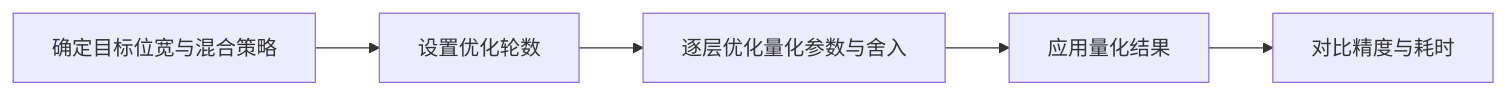
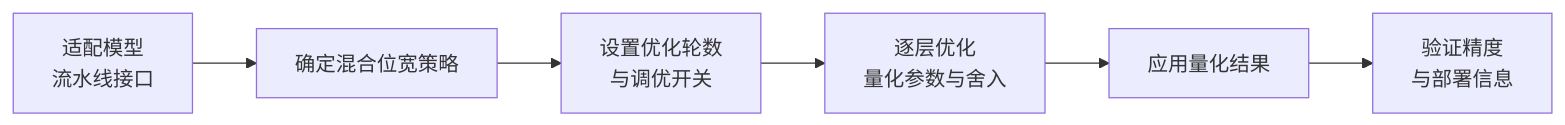
The diagram in msmodelslim/docs/zh/knowledge_base/quantization_algorithms/autoround/usage_autoround.md (mindstudio-docs/master), drawn with Mermaid before and after one commit. The commit also changed other lines of this file and 235 other files, not shown here.

````diff
--- a/msmodelslim/docs/zh/knowledge_base/quantization_algorithms/autoround/usage_autoround.md
+++ b/msmodelslim/docs/zh/knowledge_base/quantization_algorithms/autoround/usage_autoround.md
@@ -24,7 +28,8 @@
 ```mermaid
 flowchart LR
-    A[确定目标位宽与混合策略] --> B[设置优化轮数]
-    B[设置优化轮数] --> C[逐层优化量化参数与舍入]
-    C[逐层优化量化参数与舍入] --> D[应用量化结果]
-    D[应用量化结果] --> E[对比精度与耗时]
+    A[适配模型<br/>流水线接口] --> B[确定混合位宽策略]
+    B --> C[设置优化轮数<br/>与调优开关]
+    C --> D[逐层优化<br/>量化参数与舍入]
+    D --> E[应用量化结果]
+    E --> F[验证精度<br/>与部署信息]
 ```
````
